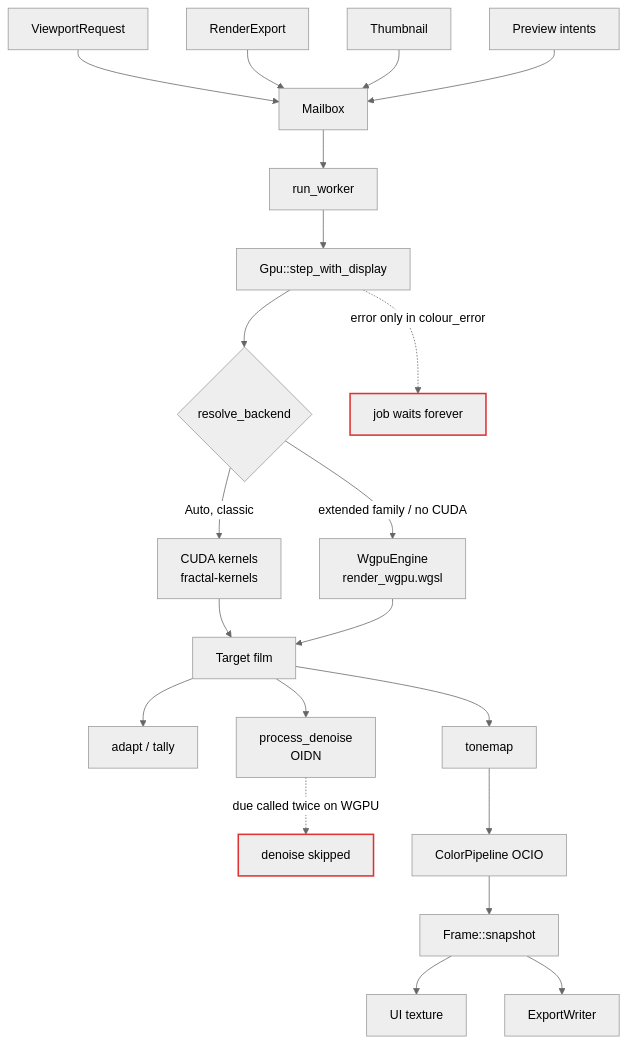
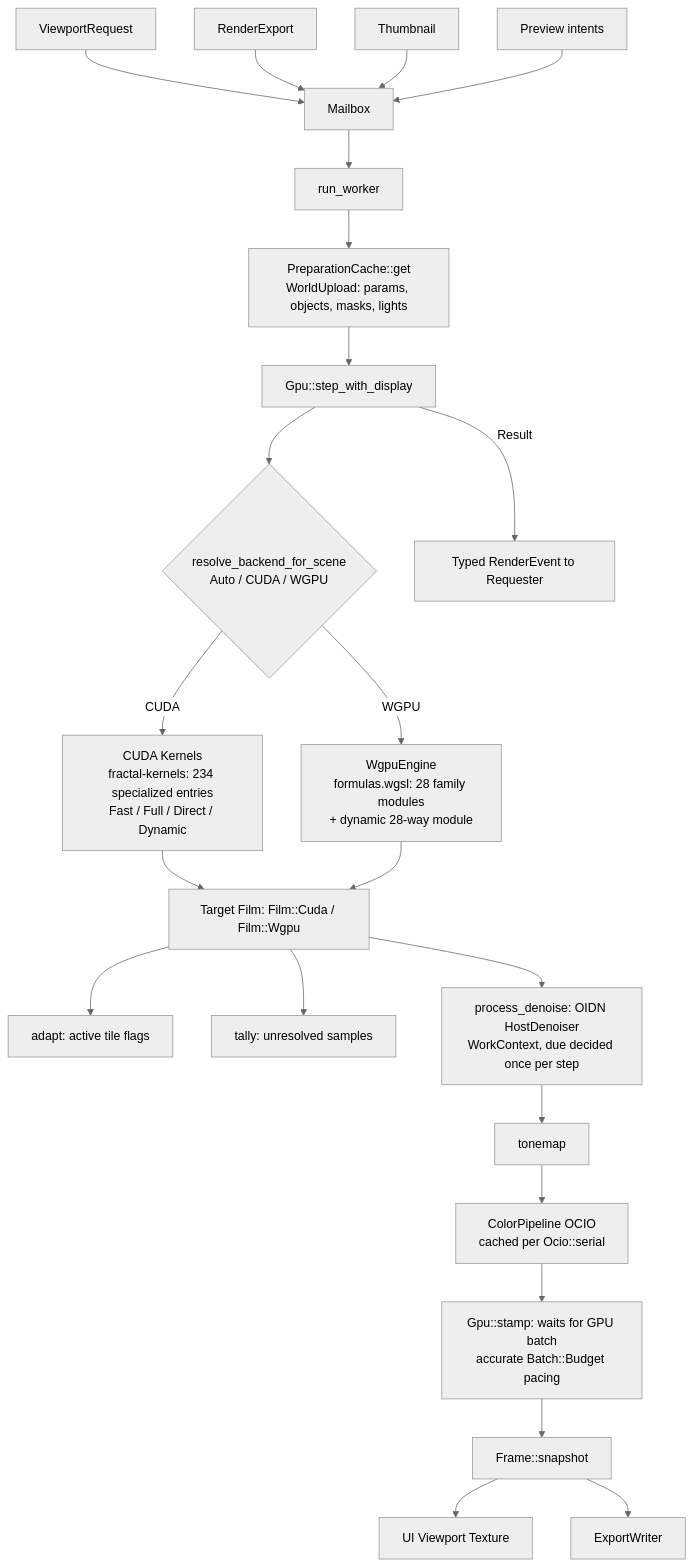
Before and after one commit to ssoj13/warpbro-rs: the fourth of 6 diagrams in DIAGRAMS.md, drawn with Mermaid (neutral theme). The commit also changed other lines of this file and 9 other files, not shown here.

Commit message:
docs: update PLAN.md, CHANGELOG.md, AGENTS.md, DIAGRAMS.md, README.md, and mdBook

````diff
--- a/DIAGRAMS.md
+++ b/DIAGRAMS.md
@@ -66,22 +101,30 @@
 ```mermaid
 flowchart TD
   vp[ViewportRequest] --> mb[Mailbox]
   ex[RenderExport] --> mb
   th[Thumbnail] --> mb
   pv[Preview intents] --> mb
   mb --> wk[run_worker]
-  wk --> step[Gpu::step_with_display]
-  step --> rb{resolve_backend}
-  rb -->|Auto, classic| cuda[CUDA kernels<br/>fractal-kernels]
-  rb -->|extended family / no CUDA| wgpu[WgpuEngine<br/>render_wgpu.wgsl]
-  cuda --> film[Target film]
+
+  wk --> prep[PreparationCache::get<br/>WorldUpload: params, objects, masks, lights]
+  prep --> step[Gpu::step_with_display]
+
+  step --> rb{resolve_backend_for_scene<br/>Auto / CUDA / WGPU}
+  rb -->|CUDA| cuda[CUDA Kernels<br/>fractal-kernels: 234 specialized entries<br/>Fast / Full / Direct / Dynamic]
+  rb -->|WGPU| wgpu[WgpuEngine<br/>formulas.wgsl: 28 family modules<br/>+ dynamic 28-way module]
+
+  cuda --> film[Target Film: Film::Cuda / Film::Wgpu]
   wgpu --> film
-  film --> adapt[adapt / tally]
-  film --> dn[process_denoise<br/>OIDN]
-  dn -.->|due called twice on WGPU| skip[denoise skipped]:::bad
-  film --> tm[tonemap] --> cp[ColorPipeline OCIO] --> fr[Frame::snapshot]
-  fr --> ui[UI texture]
+
+  film --> adapt[adapt: active tile flags]
+  film --> tally[tally: unresolved samples]
+  film --> dn[process_denoise: OIDN HostDenoiser<br/>WorkContext, due decided once per step]
+  dn --> tm[tonemap]
+  tm --> cp[ColorPipeline OCIO<br/>cached per Ocio::serial]
+  cp --> stamp[Gpu::stamp: waits for GPU batch<br/>accurate Batch::Budget pacing]
+
+  stamp --> fr[Frame::snapshot]
+  fr --> ui[UI Viewport Texture]
   fr --> xw[ExportWriter]
-  step -.->|error only in colour_error| hang[job waits forever]:::bad
-  classDef bad stroke:#d33,stroke-width:2px
+  step -->|Result<StepOutcome, RenderError>| ev[Typed RenderEvent to Requester]
 ```
````
